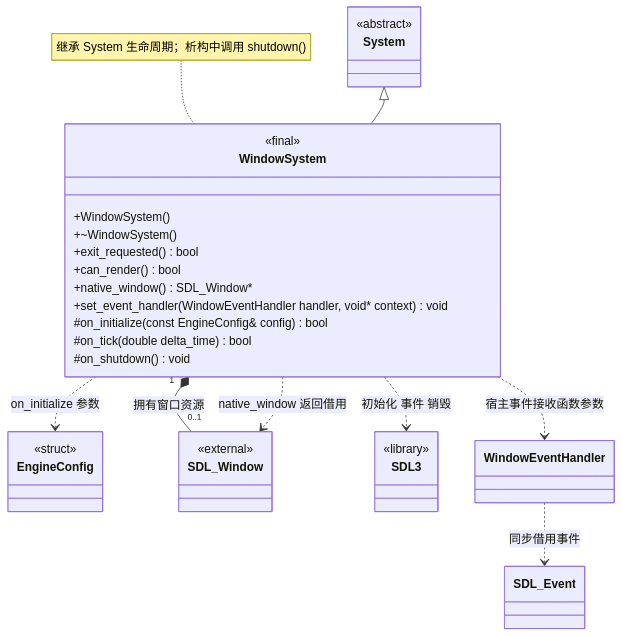
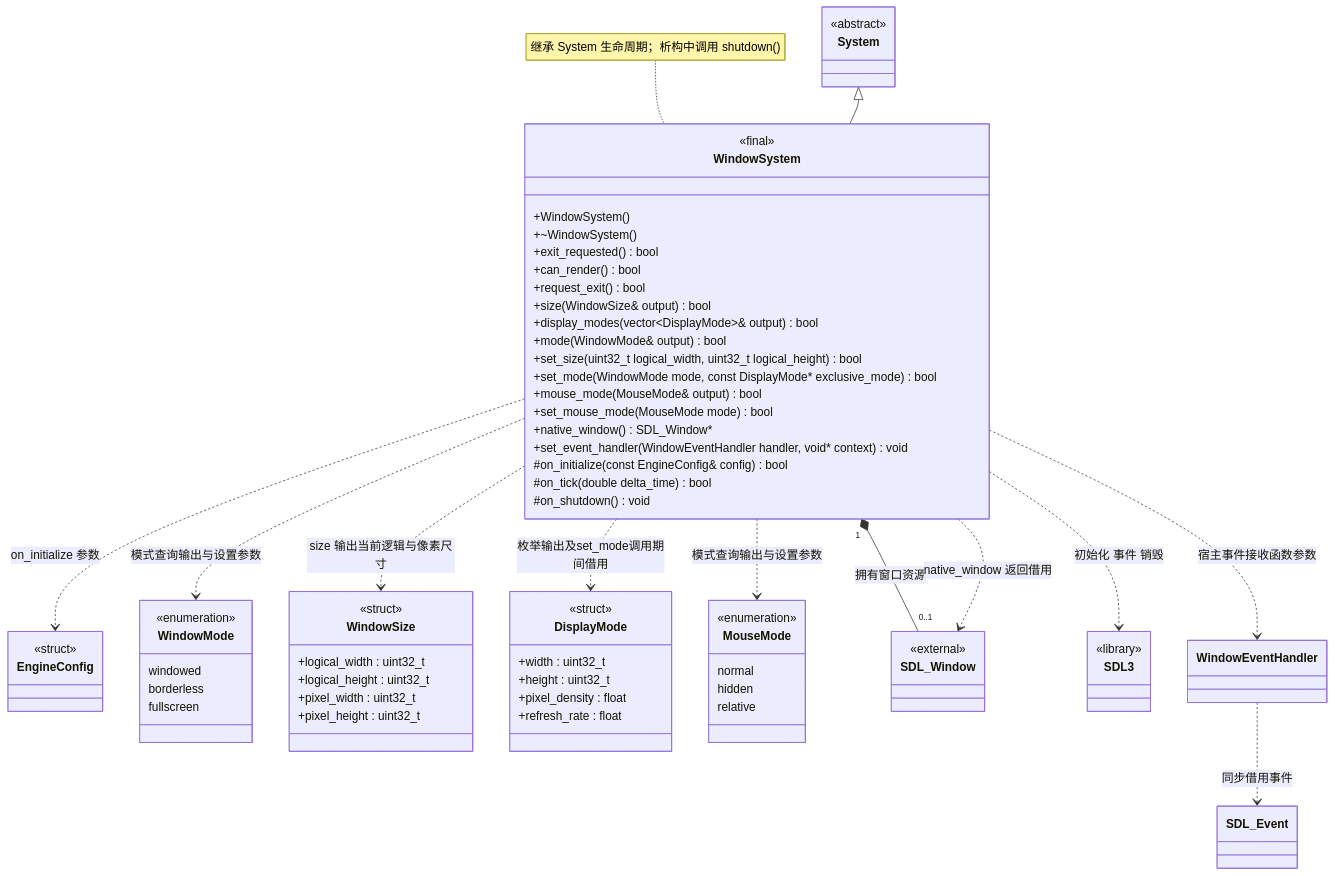
The diagram in docs/runtime/class-diagrams/window-system.md (lcals/Engine), drawn with Mermaid before and after one commit. The commit also changed other lines of this file and 13 other files, not shown here.

````diff
--- a/docs/runtime/class-diagrams/window-system.md
+++ b/docs/runtime/class-diagrams/window-system.md
@@ -7,38 +9,76 @@
 ```mermaid
 classDiagram
     direction TB
     class WindowSystem {
         <<final>>
         +WindowSystem()
         +~WindowSystem()
         +exit_requested() bool
         +can_render() bool
+        +request_exit() bool
+        +size(WindowSize& output) bool
+        +display_modes(vector~DisplayMode~& output) bool
+        +mode(WindowMode& output) bool
+        +set_size(uint32_t logical_width, uint32_t logical_height) bool
+        +set_mode(WindowMode mode, const DisplayMode#42; exclusive_mode) bool
+        +mouse_mode(MouseMode& output) bool
+        +set_mouse_mode(MouseMode mode) bool
         +native_window() SDL_Window#42;
         +set_event_handler(WindowEventHandler handler, void#42; context) void
         #on_initialize(const EngineConfig& config) bool
         #on_tick(double delta_time) bool
         #on_shutdown() void
     }
     class System {
         <<abstract>>
     }
     class EngineConfig {
         <<struct>>
     }
+    class WindowMode {
+        <<enumeration>>
+        windowed
+        borderless
+        fullscreen
+    }
+    class WindowSize {
+        <<struct>>
+        +logical_width : uint32_t
+        +logical_height : uint32_t
+        +pixel_width : uint32_t
+        +pixel_height : uint32_t
+    }
+    class DisplayMode {
+        <<struct>>
+        +width : uint32_t
+        +height : uint32_t
+        +pixel_density : float
+        +refresh_rate : float
+    }
+    class MouseMode {
+        <<enumeration>>
+        normal
+        hidden
+        relative
+    }
     class SDL_Window {
         <<external>>
     }
     class SDL3 {
         <<library>>
     }
     class WindowEventHandler
     class SDL_Event
     System <|-- WindowSystem
     WindowSystem ..> EngineConfig : on_initialize 参数
+    WindowSystem ..> WindowSize : size 输出当前逻辑与像素尺寸
+    WindowSystem ..> DisplayMode : 枚举输出及set_mode调用期间借用
+    WindowSystem ..> WindowMode : 模式查询输出与设置参数
+    WindowSystem ..> MouseMode : 模式查询输出与设置参数
     WindowSystem "1" *-- "0..1" SDL_Window : 拥有窗口资源
     WindowSystem ..> SDL_Window : native_window 返回借用
     WindowSystem ..> SDL3 : 初始化 事件 销毁
     WindowSystem ..> WindowEventHandler : 宿主事件接收函数参数
     WindowEventHandler ..> SDL_Event : 同步借用事件
     note for WindowSystem "继承 System 生命周期；析构中调用 shutdown()"
 ```
````
